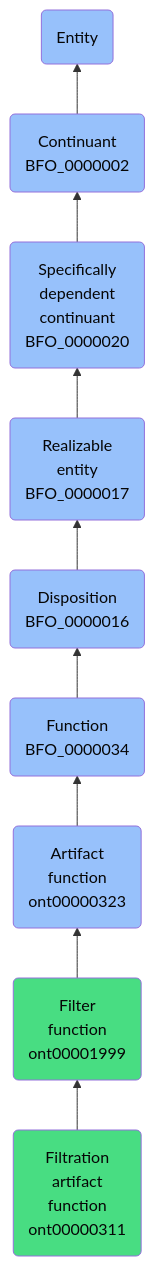
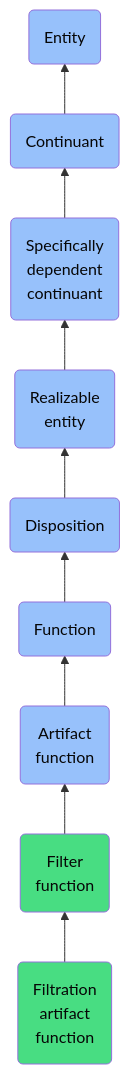
The diagram in docs/ontology/reference/model/Entity/Continuant/Specifically dependent continuant/Realizable entity/Disposition/Function/Artifact function/Filter function/Filtration artifact function/Filtration artifact function.md (jupyter-naas/abi), drawn with Mermaid before and after one commit. The commit also changed other lines of this file and 1430 other files, not shown here.

````diff
--- a/docs/ontology/reference/model/Entity/Continuant/Specifically dependent continuant/Realizable entity/Disposition/Function/Artifact function/Filter function/Filtration artifact function/Filtration artifact function.md
+++ b/docs/ontology/reference/model/Entity/Continuant/Specifically dependent continuant/Realizable entity/Disposition/Function/Artifact function/Filter function/Filtration artifact function/Filtration artifact function.md
@@ -24,16 +24,16 @@
 ```mermaid
 graph BT
-    ont00000311(Filtration<br>artifact<br>function<br>ont00000311):::ABI-->ont00001999
-    ont00001999(Filter<br>function<br>ont00001999):::ABI-->ont00000323
-    ont00000323(Artifact<br>function<br>ont00000323):::BFO-->BFO_0000034
-    BFO_0000034(Function<br>BFO_0000034):::BFO-->BFO_0000016
-    BFO_0000016(Disposition<br>BFO_0000016):::BFO-->BFO_0000017
-    BFO_0000017(Realizable<br>entity<br>BFO_0000017):::BFO-->BFO_0000020
-    BFO_0000020(Specifically<br>dependent<br>continuant<br>BFO_0000020):::BFO-->BFO_0000002
-    BFO_0000002(Continuant<br>BFO_0000002):::BFO-->BFO_0000001
+    ont00000311(Filtration<br>artifact<br>function):::ABI-->ont00001999
+    ont00001999(Filter<br>function):::ABI-->ont00000323
+    ont00000323(Artifact<br>function):::BFO-->BFO_0000034
+    BFO_0000034(Function):::BFO-->BFO_0000016
+    BFO_0000016(Disposition):::BFO-->BFO_0000017
+    BFO_0000017(Realizable<br>entity):::BFO-->BFO_0000020
+    BFO_0000020(Specifically<br>dependent<br>continuant):::BFO-->BFO_0000002
+    BFO_0000002(Continuant):::BFO-->BFO_0000001
     BFO_0000001(Entity):::BFO
     
     classDef BFO fill:#97c1fb,color:#060606
     classDef CCO fill:#e4c51e,color:#060606
     classDef ABI fill:#48DD82,color:#060606
 ```
````
